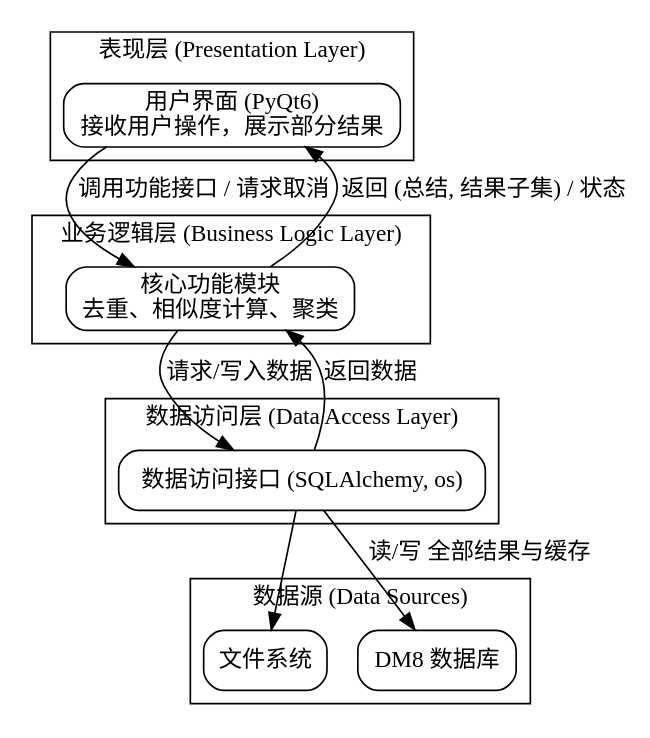
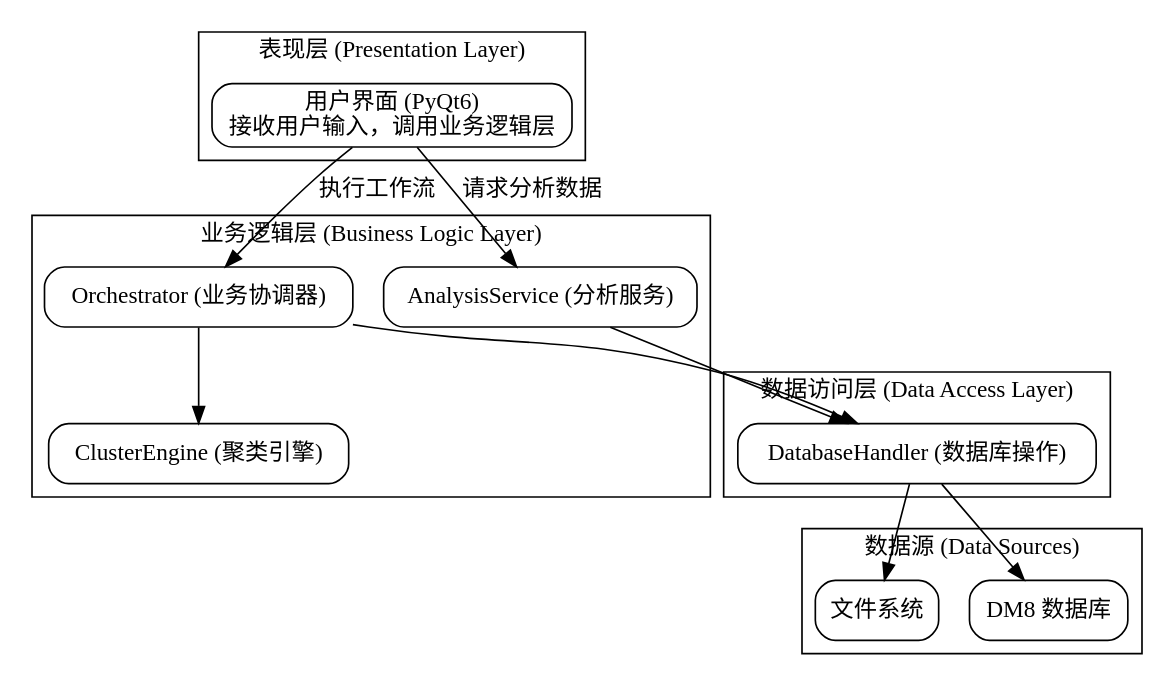
Before and after one commit to lushanglou-code/Qzen: the diagram in source/architecture.rst, drawn with Graphviz. The commit also changed other lines of this file and 4 other files, not shown here.

```diff
--- a/source/architecture.rst
+++ b/source/architecture.rst
@@ -58,42 +50,41 @@
 .. graphviz::
    :align: center
 
    digraph Architecture {
-      // --- 全局字体和编码设置 ---
       graph [fontname="Microsoft YaHei"];
       node  [fontname="Microsoft YaHei"];
       edge  [fontname="Microsoft YaHei"];
-
-      // --- 布局和样式设置 ---
       rankdir=TB;
       node [shape=box, style=rounded];
 
-      // --- 图形内容 ---
       subgraph cluster_ui {
          label = "表现层 (Presentation Layer)";
-         ui [label="用户界面 (PyQt6)\n接收用户操作，展示部分结果"];
+         ui [label="用户界面 (PyQt6)\n接收用户输入，调用业务逻辑层"];
       }
 
       subgraph cluster_core {
          label = "业务逻辑层 (Business Logic Layer)";
-         core [label="核心功能模块\n去重、相似度计算、聚类"];
+         orchestrator [label="Orchestrator (业务协调器)"];
+         analysis_service [label="AnalysisService (分析服务)"];
+         cluster_engine [label="ClusterEngine (聚类引擎)"];
       }
 
       subgraph cluster_data {
          label = "数据访问层 (Data Access Layer)";
-         dal [label="数据访问接口 (SQLAlchemy, os)"];
+         dal [label="DatabaseHandler (数据库操作)"];
       }
 
       subgraph cluster_datasource {
          label = "数据源 (Data Sources)";
          filesystem [label="文件系统"];
          database [label="DM8 数据库"];
       }
 
-      ui -> core [label="调用功能接口 / 请求取消"];
-      core -> ui [label="返回 (总结, 结果子集) / 状态"];
-      core -> dal [label="请求/写入数据"];
-      dal -> core [label="返回数据"];
+      ui -> orchestrator [label="执行工作流"];
+      ui -> analysis_service [label="请求分析数据"];
+      orchestrator -> cluster_engine;
+      orchestrator -> dal;
+      analysis_service -> dal;
       dal -> filesystem;
-      dal -> database [label="读/写 全部结果与缓存"];
+      dal -> database;
    }
```
